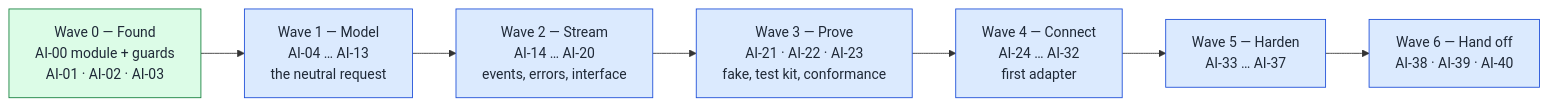
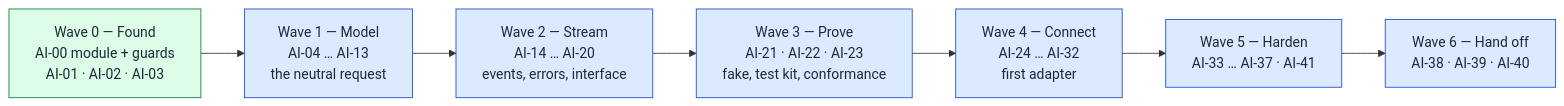
One commit to witsaba/cachicamas changed the first of 29 diagrams in docs/architecture/milestones/0002-cachicamas-ai-layer-1-task-graph.md. Above: the diagram before and after it, drawn with Mermaid. The commit also changed other lines of this file, not shown here.

First line of the commit message:
docs(0002): amend the Layer 1 task graph for the AI-24 decision

````diff
--- a/docs/architecture/milestones/0002-cachicamas-ai-layer-1-task-graph.md
+++ b/docs/architecture/milestones/0002-cachicamas-ai-layer-1-task-graph.md
@@ -184,14 +188,14 @@
 ```mermaid
 flowchart LR
     W0["Wave 0 — Found<br/>AI-00 module + guards<br/>AI-01 · AI-02 · AI-03"] --> W1["Wave 1 — Model<br/>AI-04 … AI-13<br/>the neutral request"]
     W1 --> W2["Wave 2 — Stream<br/>AI-14 … AI-20<br/>events, errors, interface"]
     W2 --> W3["Wave 3 — Prove<br/>AI-21 · AI-22 · AI-23<br/>fake, test kit, conformance"]
     W3 --> W4["Wave 4 — Connect<br/>AI-24 … AI-32<br/>first adapter"]
-    W4 --> W5["Wave 5 — Harden<br/>AI-33 … AI-37"]
+    W4 --> W5["Wave 5 — Harden<br/>AI-33 … AI-37 · AI-41"]
     W5 --> W6["Wave 6 — Hand off<br/>AI-38 · AI-39 · AI-40"]
 
     classDef w fill:#dbeafe,stroke:#1d4ed8,color:#1f2937
     classDef g fill:#dcfce7,stroke:#15803d,color:#1f2937
     class W0 g
     class W1,W2,W3,W4,W5,W6 w
 ```
````
